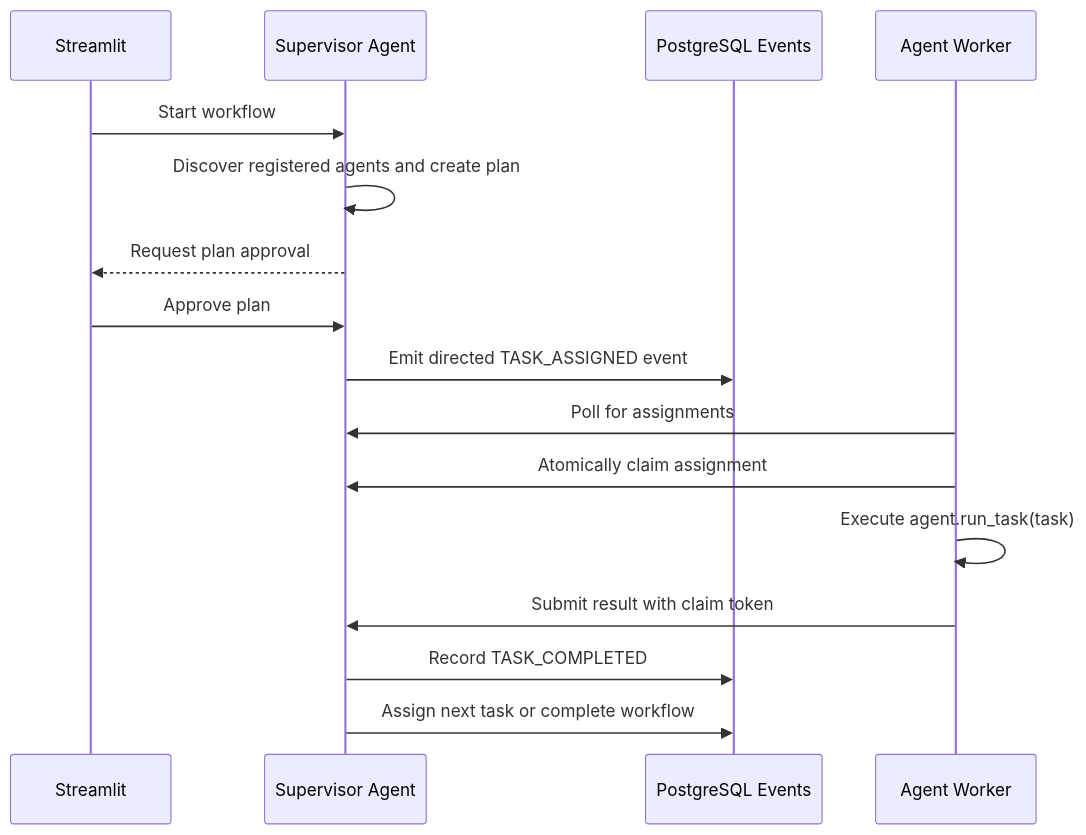
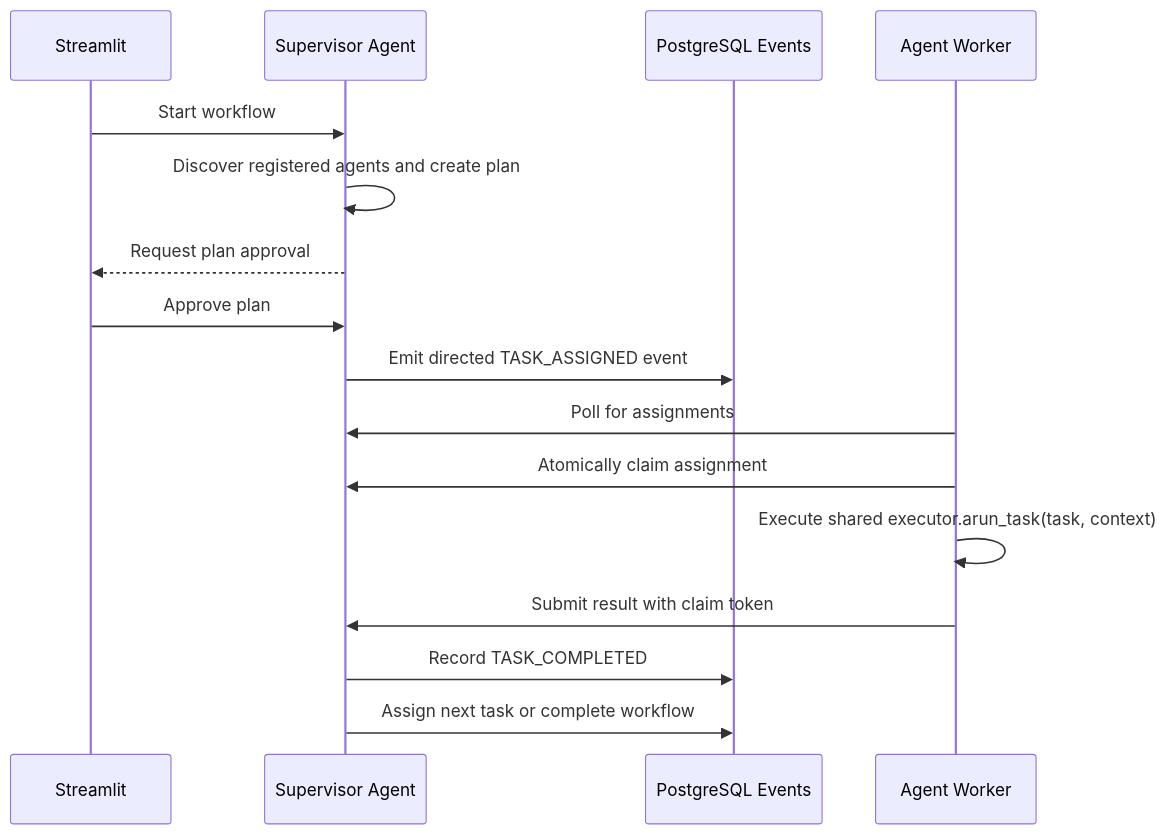
Before and after one commit to Sarvagya-meel/agentmesh: the diagram in src/agentmesh/services/service_agentmesh_server/registry/README.md, drawn with Mermaid. The commit also changed other lines of this file and 87 other files, not shown here.

````diff
--- a/src/agentmesh/services/service_agentmesh_server/registry/README.md
+++ b/src/agentmesh/services/service_agentmesh_server/registry/README.md
@@ -9,19 +9,19 @@
 ```mermaid
 sequenceDiagram
     participant UI as Streamlit
     participant O as Supervisor Agent
     participant DB as PostgreSQL Events
     participant W as Agent Worker
 
     UI->>O: Start workflow
     O->>O: Discover registered agents and create plan
     O-->>UI: Request plan approval
     UI->>O: Approve plan
     O->>DB: Emit directed TASK_ASSIGNED event
     W->>O: Poll for assignments
     W->>O: Atomically claim assignment
-    W->>W: Execute agent.run_task(task)
+    W->>W: Execute shared executor.arun_task(task, context)
     W->>O: Submit result with claim token
     O->>DB: Record TASK_COMPLETED
     O->>DB: Assign next task or complete workflow
 ```
````
